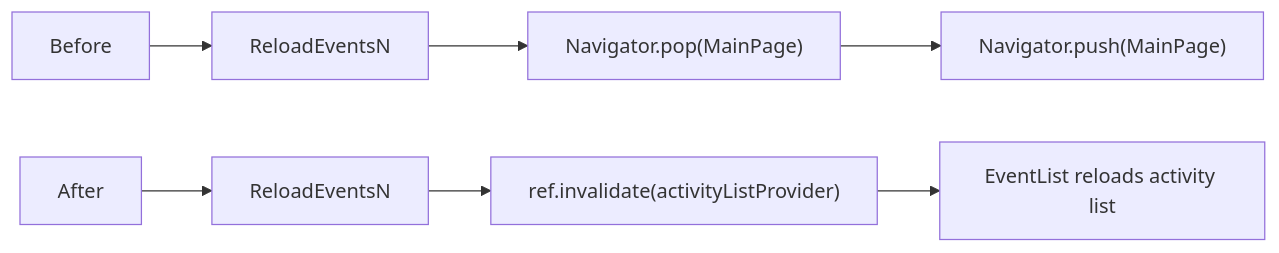
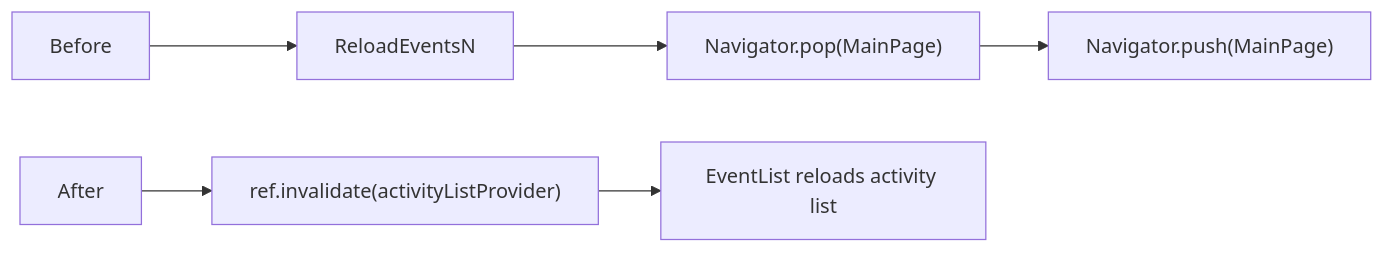
One commit to Guoyuer/eventTracker changed the third of 5 diagrams in docs/architecture/module-flow.md. Above: the diagram before and after it, drawn with Mermaid. The commit also changed other lines of this file and 10 other files, not shown here.

Commit message:
Retire legacy step schema

````diff
--- a/docs/architecture/module-flow.md
+++ b/docs/architecture/module-flow.md
@@ -69,12 +76,11 @@
 ```mermaid
 flowchart LR
   Before["Before"]
   Before --> B1["ReloadEventsN"]
   B1 --> B2["Navigator.pop(MainPage)"]
   B2 --> B3["Navigator.push(MainPage)"]
 
   After["After"]
-  After --> A1["ReloadEventsN"]
-  A1 --> A2["ref.invalidate(activityListProvider)"]
-  A2 --> A3["EventList reloads activity list"]
+  After --> A1["ref.invalidate(activityListProvider)"]
+  A1 --> A2["EventList reloads activity list"]
 ```
````
